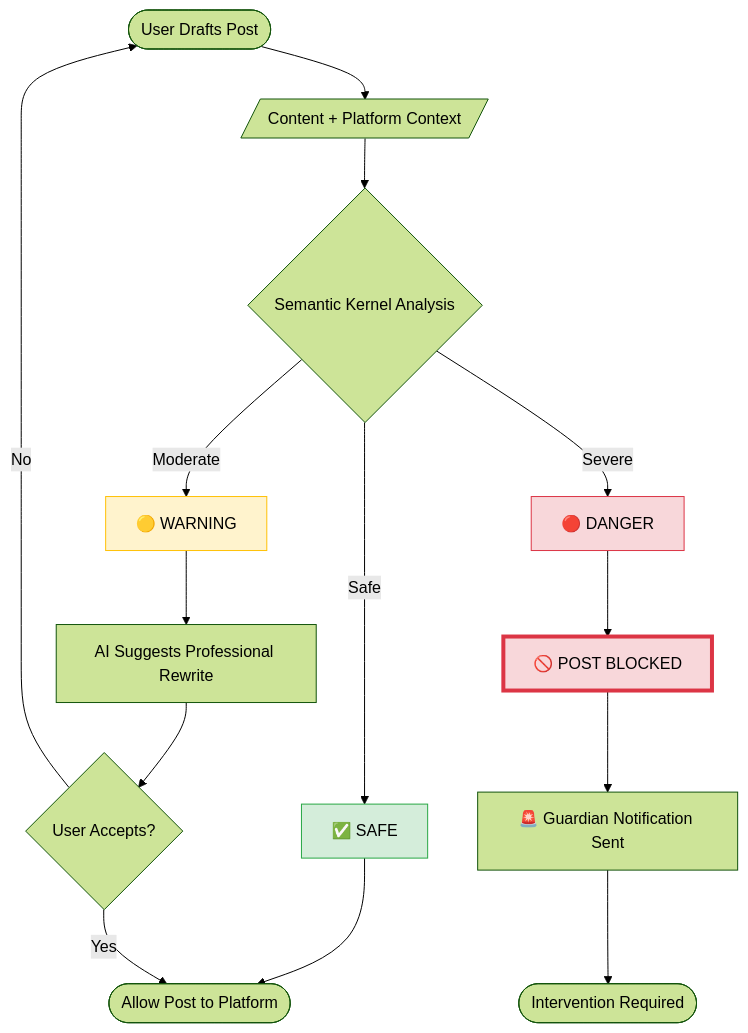
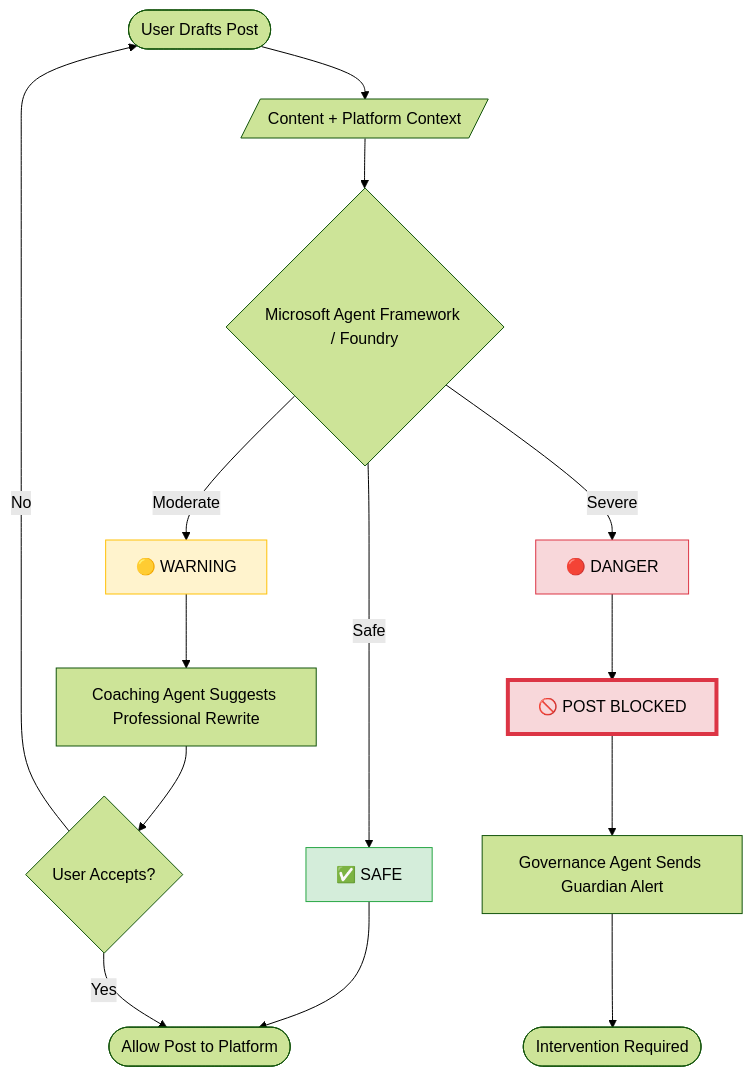
The diagram in README.md (asaikavya/MindShield), drawn with Mermaid (forest theme) before and after one commit. The commit also changed other lines of this file, not shown here.

````diff
--- a/README.md
+++ b/README.md
@@ -90,25 +89,25 @@
 ```mermaid
 flowchart TD
     Start([User Drafts Post]) --> Input[/Content + Platform Context/]
-    Input --> SK{Semantic Kernel Analysis}
+    Input --> AgentFramework{Microsoft Agent Framework / Foundry}
 
-    SK -->|Safe| SafeResult[✅ SAFE]
-    SK -->|Moderate| WarnResult[🟡 WARNING]
-    SK -->|Severe| DangerResult[🔴 DANGER]
+    AgentFramework -->|Safe| SafeResult[✅ SAFE]
+    AgentFramework -->|Moderate| WarnResult[🟡 WARNING]
+    AgentFramework -->|Severe| DangerResult[🔴 DANGER]
 
     SafeResult --> Publish([Allow Post to Platform])
     
-    WarnResult --> Rewrite[AI Suggests Professional Rewrite]
+    WarnResult --> Rewrite[Coaching Agent Suggests Professional Rewrite]
     Rewrite --> UserChoice{User Accepts?}
     UserChoice -->|Yes| Publish
     UserChoice -->|No| Start
 
     DangerResult --> Block[🚫 POST BLOCKED]
-    Block --> Alert[🚨 Guardian Notification Sent]
+    Block --> Alert[Governance Agent Sends Guardian Alert]
     Alert --> Support([Intervention Required])
 
     style SafeResult fill:#d4edda,stroke:#28a745
     style WarnResult fill:#fff3cd,stroke:#ffc107
     style DangerResult fill:#f8d7da,stroke:#dc3545
     style Block fill:#f8d7da,stroke:#dc3545,stroke-width:4px
 ```
````
